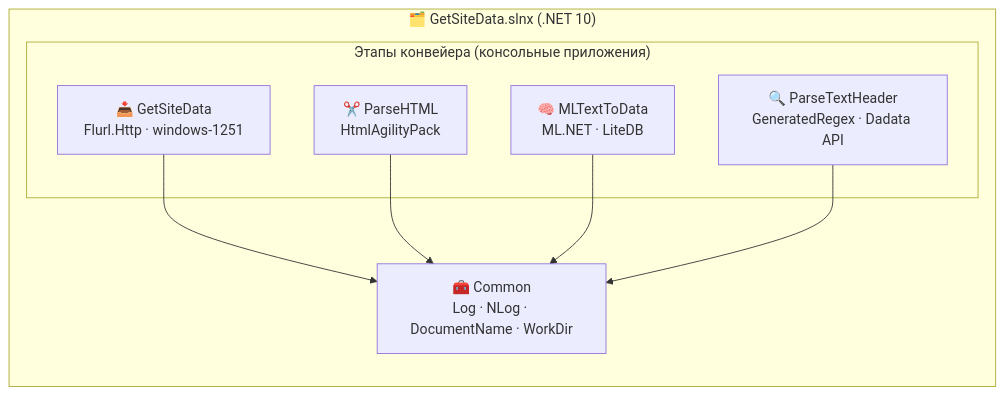
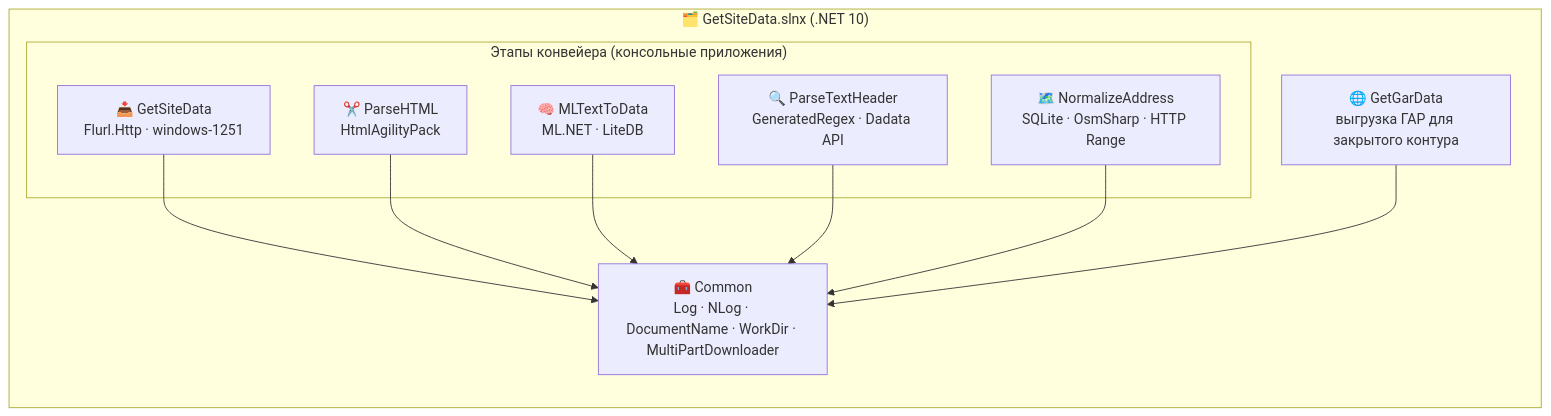
The second of 5 diagrams in README.md (akprof2000/Get-data-from-fp.crc.ru), drawn with Mermaid before and after one commit. The commit also changed other lines of this file, not shown here.

Commit message:
v2.8.2: архитектурная схема — добавлены NormalizeAddress и GetGarData

````diff
--- a/README.md
+++ b/README.md
@@ -45,17 +45,21 @@
 ```mermaid
 flowchart TB
     subgraph Solution["🗂️ GetSiteData.slnx (.NET 10)"]
         direction TB
         subgraph Stages["Этапы конвейера (консольные приложения)"]
             GSD[📥 GetSiteData<br>Flurl.Http · windows-1251]
             PH[✂️ ParseHTML<br>HtmlAgilityPack]
             ML[🧠 MLTextToData<br>ML.NET · LiteDB]
             PTH[🔍 ParseTextHeader<br>GeneratedRegex · Dadata API]
+            NA[🗺️ NormalizeAddress<br>SQLite · OsmSharp · HTTP Range]
         end
-        CMN[🧰 Common<br>Log · NLog · DocumentName · WorkDir]
+        GGD[🌐 GetGarData<br>выгрузка ГАР для закрытого контура]
+        CMN[🧰 Common<br>Log · NLog · DocumentName · WorkDir · MultiPartDownloader]
         GSD --> CMN
         PH --> CMN
         ML --> CMN
         PTH --> CMN
+        NA --> CMN
+        GGD --> CMN
     end
 ```
````
